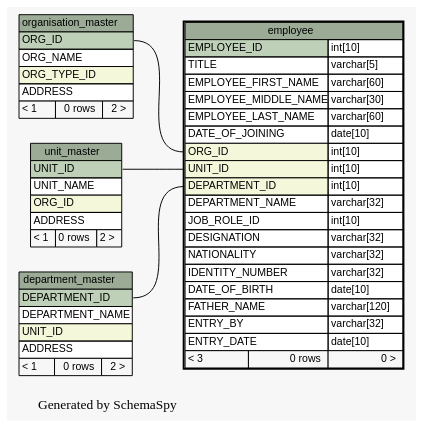
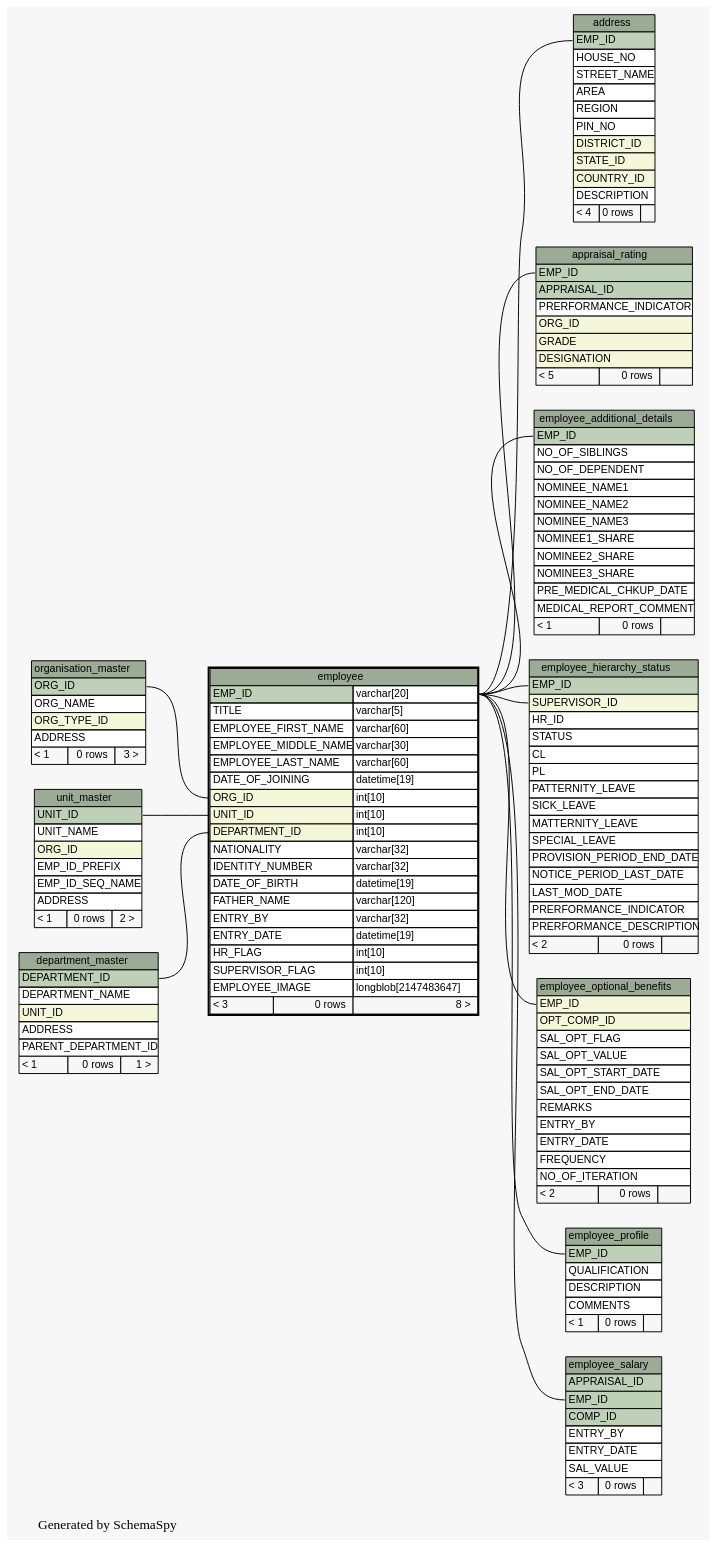
The diagram in docs/database/schemaspy/graphs/employee.1degree.dot (engineerscraft/hrms), drawn with Graphviz before and after one commit. The commit also changed 168 other files, not shown here.

Commit message:
Database script modified and schemaspy doc generated

```diff
--- a/docs/database/schemaspy/graphs/employee.1degree.dot
+++ b/docs/database/schemaspy/graphs/employee.1degree.dot
@@ -14,9 +14,51 @@
   edge [
     arrowsize="0.8"
   ];
+  "address":"EMP_ID":w -> "employee":"EMP_ID.type":e [arrowtail=tee arrowhead=none];
+  "appraisal_rating":"EMP_ID":w -> "employee":"EMP_ID.type":e [arrowtail=crowtee arrowhead=none];
   "employee":"DEPARTMENT_ID":w -> "department_master":"DEPARTMENT_ID":e [arrowtail=crowodot arrowhead=none];
   "employee":"ORG_ID":w -> "organisation_master":"ORG_ID":e [arrowtail=crowodot arrowhead=none];
   "employee":"UNIT_ID":w -> "unit_master":"UNIT_ID":e [arrowtail=crowodot arrowhead=none];
+  "employee_additional_details":"EMP_ID":w -> "employee":"EMP_ID.type":e [arrowtail=tee arrowhead=none];
+  "employee_hierarchy_status":"EMP_ID":w -> "employee":"EMP_ID.type":e [arrowtail=tee arrowhead=none];
+  "employee_hierarchy_status":"SUPERVISOR_ID":w -> "employee":"EMP_ID.type":e [arrowtail=crowodot arrowhead=none];
+  "employee_optional_benefits":"EMP_ID":w -> "employee":"EMP_ID.type":e [arrowtail=crowodot arrowhead=none];
+  "employee_profile":"EMP_ID":w -> "employee":"EMP_ID.type":e [arrowtail=tee arrowhead=none];
+  "employee_salary":"EMP_ID":w -> "employee":"EMP_ID.type":e [arrowtail=crowtee arrowhead=none];
+  "address" [
+    label=<
+    <TABLE BORDER="0" CELLBORDER="1" CELLSPACING="0" BGCOLOR="#ffffff">
+      <TR><TD PORT="address.heading" COLSPAN="3" BGCOLOR="#9bab96" ALIGN="CENTER">address</TD></TR>
+      <TR><TD PORT="EMP_ID" COLSPAN="3" BGCOLOR="#bed1b8" ALIGN="LEFT">EMP_ID</TD></TR>
+      <TR><TD PORT="HOUSE_NO" COLSPAN="3" ALIGN="LEFT">HOUSE_NO</TD></TR>
+      <TR><TD PORT="STREET_NAME" COLSPAN="3" ALIGN="LEFT">STREET_NAME</TD></TR>
+      <TR><TD PORT="AREA" COLSPAN="3" ALIGN="LEFT">AREA</TD></TR>
+      <TR><TD PORT="REGION" COLSPAN="3" ALIGN="LEFT">REGION</TD></TR>
+      <TR><TD PORT="PIN_NO" COLSPAN="3" ALIGN="LEFT">PIN_NO</TD></TR>
+      <TR><TD PORT="DISTRICT_ID" COLSPAN="3" BGCOLOR="#f4f7da" ALIGN="LEFT">DISTRICT_ID</TD></TR>
+      <TR><TD PORT="STATE_ID" COLSPAN="3" BGCOLOR="#f4f7da" ALIGN="LEFT">STATE_ID</TD></TR>
+      <TR><TD PORT="COUNTRY_ID" COLSPAN="3" BGCOLOR="#f4f7da" ALIGN="LEFT">COUNTRY_ID</TD></TR>
+      <TR><TD PORT="DESCRIPTION" COLSPAN="3" ALIGN="LEFT">DESCRIPTION</TD></TR>
+      <TR><TD ALIGN="LEFT" BGCOLOR="#f7f7f7">&lt; 4</TD><TD ALIGN="RIGHT" BGCOLOR="#f7f7f7">0 rows</TD><TD ALIGN="RIGHT" BGCOLOR="#f7f7f7">  </TD></TR>
+    </TABLE>>
+    URL="address.html#graph"
+    tooltip="address"
+  ];
+  "appraisal_rating" [
+    label=<
+    <TABLE BORDER="0" CELLBORDER="1" CELLSPACING="0" BGCOLOR="#ffffff">
+      <TR><TD PORT="appraisal_rating.heading" COLSPAN="3" BGCOLOR="#9bab96" ALIGN="CENTER">appraisal_rating</TD></TR>
+      <TR><TD PORT="EMP_ID" COLSPAN="3" BGCOLOR="#bed1b8" ALIGN="LEFT">EMP_ID</TD></TR>
+      <TR><TD PORT="APPRAISAL_ID" COLSPAN="3" BGCOLOR="#bed1b8" ALIGN="LEFT">APPRAISAL_ID</TD></TR>
+      <TR><TD PORT="PRERFORMANCE_INDICATOR" COLSPAN="3" ALIGN="LEFT">PRERFORMANCE_INDICATOR</TD></TR>
+      <TR><TD PORT="ORG_ID" COLSPAN="3" BGCOLOR="#f4f7da" ALIGN="LEFT">ORG_ID</TD></TR>
+      <TR><TD PORT="GRADE" COLSPAN="3" BGCOLOR="#f4f7da" ALIGN="LEFT">GRADE</TD></TR>
+      <TR><TD PORT="DESIGNATION" COLSPAN="3" BGCOLOR="#f4f7da" ALIGN="LEFT">DESIGNATION</TD></TR>
+      <TR><TD ALIGN="LEFT" BGCOLOR="#f7f7f7">&lt; 5</TD><TD ALIGN="RIGHT" BGCOLOR="#f7f7f7">0 rows</TD><TD ALIGN="RIGHT" BGCOLOR="#f7f7f7">  </TD></TR>
+    </TABLE>>
+    URL="appraisal_rating.html#graph"
+    tooltip="appraisal_rating"
+  ];
   "department_master" [
     label=<
     <TABLE BORDER="0" CELLBORDER="1" CELLSPACING="0" BGCOLOR="#ffffff">
@@ -25,7 +67,8 @@
       <TR><TD PORT="DEPARTMENT_NAME" COLSPAN="3" ALIGN="LEFT">DEPARTMENT_NAME</TD></TR>
       <TR><TD PORT="UNIT_ID" COLSPAN="3" BGCOLOR="#f4f7da" ALIGN="LEFT">UNIT_ID</TD></TR>
       <TR><TD PORT="ADDRESS" COLSPAN="3" ALIGN="LEFT">ADDRESS</TD></TR>
-      <TR><TD ALIGN="LEFT" BGCOLOR="#f7f7f7">&lt; 1</TD><TD ALIGN="RIGHT" BGCOLOR="#f7f7f7">0 rows</TD><TD ALIGN="RIGHT" BGCOLOR="#f7f7f7">2 &gt;</TD></TR>
+      <TR><TD PORT="PARENT_DEPARTMENT_ID" COLSPAN="3" ALIGN="LEFT">PARENT_DEPARTMENT_ID</TD></TR>
+      <TR><TD ALIGN="LEFT" BGCOLOR="#f7f7f7">&lt; 1</TD><TD ALIGN="RIGHT" BGCOLOR="#f7f7f7">0 rows</TD><TD ALIGN="RIGHT" BGCOLOR="#f7f7f7">1 &gt;</TD></TR>
     </TABLE>>
     URL="department_master.html#graph"
     tooltip="department_master"
@@ -34,28 +77,120 @@
     label=<
     <TABLE BORDER="2" CELLBORDER="1" CELLSPACING="0" BGCOLOR="#ffffff">
       <TR><TD PORT="employee.heading" COLSPAN="3" BGCOLOR="#9bab96" ALIGN="CENTER">employee</TD></TR>
-      <TR><TD PORT="EMPLOYEE_ID" COLSPAN="2" BGCOLOR="#bed1b8" ALIGN="LEFT">EMPLOYEE_ID</TD><TD PORT="EMPLOYEE_ID.type" ALIGN="LEFT">int[10]</TD></TR>
+      <TR><TD PORT="EMP_ID" COLSPAN="2" BGCOLOR="#bed1b8" ALIGN="LEFT">EMP_ID</TD><TD PORT="EMP_ID.type" ALIGN="LEFT">varchar[20]</TD></TR>
       <TR><TD PORT="TITLE" COLSPAN="2" ALIGN="LEFT">TITLE</TD><TD PORT="TITLE.type" ALIGN="LEFT">varchar[5]</TD></TR>
       <TR><TD PORT="EMPLOYEE_FIRST_NAME" COLSPAN="2" ALIGN="LEFT">EMPLOYEE_FIRST_NAME</TD><TD PORT="EMPLOYEE_FIRST_NAME.type" ALIGN="LEFT">varchar[60]</TD></TR>
       <TR><TD PORT="EMPLOYEE_MIDDLE_NAME" COLSPAN="2" ALIGN="LEFT">EMPLOYEE_MIDDLE_NAME</TD><TD PORT="EMPLOYEE_MIDDLE_NAME.type" ALIGN="LEFT">varchar[30]</TD></TR>
       <TR><TD PORT="EMPLOYEE_LAST_NAME" COLSPAN="2" ALIGN="LEFT">EMPLOYEE_LAST_NAME</TD><TD PORT="EMPLOYEE_LAST_NAME.type" ALIGN="LEFT">varchar[60]</TD></TR>
-      <TR><TD PORT="DATE_OF_JOINING" COLSPAN="2" ALIGN="LEFT">DATE_OF_JOINING</TD><TD PORT="DATE_OF_JOINING.type" ALIGN="LEFT">date[10]</TD></TR>
+      <TR><TD PORT="DATE_OF_JOINING" COLSPAN="2" ALIGN="LEFT">DATE_OF_JOINING</TD><TD PORT="DATE_OF_JOINING.type" ALIGN="LEFT">datetime[19]</TD></TR>
       <TR><TD PORT="ORG_ID" COLSPAN="2" BGCOLOR="#f4f7da" ALIGN="LEFT">ORG_ID</TD><TD PORT="ORG_ID.type" ALIGN="LEFT">int[10]</TD></TR>
       <TR><TD PORT="UNIT_ID" COLSPAN="2" BGCOLOR="#f4f7da" ALIGN="LEFT">UNIT_ID</TD><TD PORT="UNIT_ID.type" ALIGN="LEFT">int[10]</TD></TR>
       <TR><TD PORT="DEPARTMENT_ID" COLSPAN="2" BGCOLOR="#f4f7da" ALIGN="LEFT">DEPARTMENT_ID</TD><TD PORT="DEPARTMENT_ID.type" ALIGN="LEFT">int[10]</TD></TR>
-      <TR><TD PORT="DEPARTMENT_NAME" COLSPAN="2" ALIGN="LEFT">DEPARTMENT_NAME</TD><TD PORT="DEPARTMENT_NAME.type" ALIGN="LEFT">varchar[32]</TD></TR>
-      <TR><TD PORT="JOB_ROLE_ID" COLSPAN="2" ALIGN="LEFT">JOB_ROLE_ID</TD><TD PORT="JOB_ROLE_ID.type" ALIGN="LEFT">int[10]</TD></TR>
-      <TR><TD PORT="DESIGNATION" COLSPAN="2" ALIGN="LEFT">DESIGNATION</TD><TD PORT="DESIGNATION.type" ALIGN="LEFT">varchar[32]</TD></TR>
       <TR><TD PORT="NATIONALITY" COLSPAN="2" ALIGN="LEFT">NATIONALITY</TD><TD PORT="NATIONALITY.type" ALIGN="LEFT">varchar[32]</TD></TR>
       <TR><TD PORT="IDENTITY_NUMBER" COLSPAN="2" ALIGN="LEFT">IDENTITY_NUMBER</TD><TD PORT="IDENTITY_NUMBER.type" ALIGN="LEFT">varchar[32]</TD></TR>
-      <TR><TD PORT="DATE_OF_BIRTH" COLSPAN="2" ALIGN="LEFT">DATE_OF_BIRTH</TD><TD PORT="DATE_OF_BIRTH.type" ALIGN="LEFT">date[10]</TD></TR>
+      <TR><TD PORT="DATE_OF_BIRTH" COLSPAN="2" ALIGN="LEFT">DATE_OF_BIRTH</TD><TD PORT="DATE_OF_BIRTH.type" ALIGN="LEFT">datetime[19]</TD></TR>
       <TR><TD PORT="FATHER_NAME" COLSPAN="2" ALIGN="LEFT">FATHER_NAME</TD><TD PORT="FATHER_NAME.type" ALIGN="LEFT">varchar[120]</TD></TR>
       <TR><TD PORT="ENTRY_BY" COLSPAN="2" ALIGN="LEFT">ENTRY_BY</TD><TD PORT="ENTRY_BY.type" ALIGN="LEFT">varchar[32]</TD></TR>
-      <TR><TD PORT="ENTRY_DATE" COLSPAN="2" ALIGN="LEFT">ENTRY_DATE</TD><TD PORT="ENTRY_DATE.type" ALIGN="LEFT">date[10]</TD></TR>
-      <TR><TD ALIGN="LEFT" BGCOLOR="#f7f7f7">&lt; 3</TD><TD ALIGN="RIGHT" BGCOLOR="#f7f7f7">0 rows</TD><TD ALIGN="RIGHT" BGCOLOR="#f7f7f7">0 &gt;</TD></TR>
+      <TR><TD PORT="ENTRY_DATE" COLSPAN="2" ALIGN="LEFT">ENTRY_DATE</TD><TD PORT="ENTRY_DATE.type" ALIGN="LEFT">datetime[19]</TD></TR>
+      <TR><TD PORT="HR_FLAG" COLSPAN="2" ALIGN="LEFT">HR_FLAG</TD><TD PORT="HR_FLAG.type" ALIGN="LEFT">int[10]</TD></TR>
+      <TR><TD PORT="SUPERVISOR_FLAG" COLSPAN="2" ALIGN="LEFT">SUPERVISOR_FLAG</TD><TD PORT="SUPERVISOR_FLAG.type" ALIGN="LEFT">int[10]</TD></TR>
+      <TR><TD PORT="EMPLOYEE_IMAGE" COLSPAN="2" ALIGN="LEFT">EMPLOYEE_IMAGE</TD><TD PORT="EMPLOYEE_IMAGE.type" ALIGN="LEFT">longblob[2147483647]</TD></TR>
+      <TR><TD ALIGN="LEFT" BGCOLOR="#f7f7f7">&lt; 3</TD><TD ALIGN="RIGHT" BGCOLOR="#f7f7f7">0 rows</TD><TD ALIGN="RIGHT" BGCOLOR="#f7f7f7">8 &gt;</TD></TR>
     </TABLE>>
     URL="employee.html#"
     tooltip="employee"
+  ];
+  "employee_additional_details" [
+    label=<
+    <TABLE BORDER="0" CELLBORDER="1" CELLSPACING="0" BGCOLOR="#ffffff">
+      <TR><TD PORT="employee_additional_details.heading" COLSPAN="3" BGCOLOR="#9bab96" ALIGN="CENTER">employee_additional_details</TD></TR>
+      <TR><TD PORT="EMP_ID" COLSPAN="3" BGCOLOR="#bed1b8" ALIGN="LEFT">EMP_ID</TD></TR>
+      <TR><TD PORT="NO_OF_SIBLINGS" COLSPAN="3" ALIGN="LEFT">NO_OF_SIBLINGS</TD></TR>
+      <TR><TD PORT="NO_OF_DEPENDENT" COLSPAN="3" ALIGN="LEFT">NO_OF_DEPENDENT</TD></TR>
+      <TR><TD PORT="NOMINEE_NAME1" COLSPAN="3" ALIGN="LEFT">NOMINEE_NAME1</TD></TR>
+      <TR><TD PORT="NOMINEE_NAME2" COLSPAN="3" ALIGN="LEFT">NOMINEE_NAME2</TD></TR>
+      <TR><TD PORT="NOMINEE_NAME3" COLSPAN="3" ALIGN="LEFT">NOMINEE_NAME3</TD></TR>
+      <TR><TD PORT="NOMINEE1_SHARE" COLSPAN="3" ALIGN="LEFT">NOMINEE1_SHARE</TD></TR>
+      <TR><TD PORT="NOMINEE2_SHARE" COLSPAN="3" ALIGN="LEFT">NOMINEE2_SHARE</TD></TR>
+      <TR><TD PORT="NOMINEE3_SHARE" COLSPAN="3" ALIGN="LEFT">NOMINEE3_SHARE</TD></TR>
+      <TR><TD PORT="PRE_MEDICAL_CHKUP_DATE" COLSPAN="3" ALIGN="LEFT">PRE_MEDICAL_CHKUP_DATE</TD></TR>
+      <TR><TD PORT="MEDICAL_REPORT_COMMENT" COLSPAN="3" ALIGN="LEFT">MEDICAL_REPORT_COMMENT</TD></TR>
+      <TR><TD ALIGN="LEFT" BGCOLOR="#f7f7f7">&lt; 1</TD><TD ALIGN="RIGHT" BGCOLOR="#f7f7f7">0 rows</TD><TD ALIGN="RIGHT" BGCOLOR="#f7f7f7">  </TD></TR>
+    </TABLE>>
+    URL="employee_additional_details.html#graph"
+    tooltip="employee_additional_details"
+  ];
+  "employee_hierarchy_status" [
+    label=<
+    <TABLE BORDER="0" CELLBORDER="1" CELLSPACING="0" BGCOLOR="#ffffff">
+      <TR><TD PORT="employee_hierarchy_status.heading" COLSPAN="3" BGCOLOR="#9bab96" ALIGN="CENTER">employee_hierarchy_status</TD></TR>
+      <TR><TD PORT="EMP_ID" COLSPAN="3" BGCOLOR="#bed1b8" ALIGN="LEFT">EMP_ID</TD></TR>
+      <TR><TD PORT="SUPERVISOR_ID" COLSPAN="3" BGCOLOR="#f4f7da" ALIGN="LEFT">SUPERVISOR_ID</TD></TR>
+      <TR><TD PORT="HR_ID" COLSPAN="3" ALIGN="LEFT">HR_ID</TD></TR>
+      <TR><TD PORT="STATUS" COLSPAN="3" ALIGN="LEFT">STATUS</TD></TR>
+      <TR><TD PORT="CL" COLSPAN="3" ALIGN="LEFT">CL</TD></TR>
+      <TR><TD PORT="PL" COLSPAN="3" ALIGN="LEFT">PL</TD></TR>
+      <TR><TD PORT="PATTERNITY_LEAVE" COLSPAN="3" ALIGN="LEFT">PATTERNITY_LEAVE</TD></TR>
+      <TR><TD PORT="SICK_LEAVE" COLSPAN="3" ALIGN="LEFT">SICK_LEAVE</TD></TR>
+      <TR><TD PORT="MATTERNITY_LEAVE" COLSPAN="3" ALIGN="LEFT">MATTERNITY_LEAVE</TD></TR>
+      <TR><TD PORT="SPECIAL_LEAVE" COLSPAN="3" ALIGN="LEFT">SPECIAL_LEAVE</TD></TR>
+      <TR><TD PORT="PROVISION_PERIOD_END_DATE" COLSPAN="3" ALIGN="LEFT">PROVISION_PERIOD_END_DATE</TD></TR>
+      <TR><TD PORT="NOTICE_PERIOD_LAST_DATE" COLSPAN="3" ALIGN="LEFT">NOTICE_PERIOD_LAST_DATE</TD></TR>
+      <TR><TD PORT="LAST_MOD_DATE" COLSPAN="3" ALIGN="LEFT">LAST_MOD_DATE</TD></TR>
+      <TR><TD PORT="PRERFORMANCE_INDICATOR" COLSPAN="3" ALIGN="LEFT">PRERFORMANCE_INDICATOR</TD></TR>
+      <TR><TD PORT="PRERFORMANCE_DESCRIPTION" COLSPAN="3" ALIGN="LEFT">PRERFORMANCE_DESCRIPTION</TD></TR>
+      <TR><TD ALIGN="LEFT" BGCOLOR="#f7f7f7">&lt; 2</TD><TD ALIGN="RIGHT" BGCOLOR="#f7f7f7">0 rows</TD><TD ALIGN="RIGHT" BGCOLOR="#f7f7f7">  </TD></TR>
+    </TABLE>>
+    URL="employee_hierarchy_status.html#graph"
+    tooltip="employee_hierarchy_status"
+  ];
+  "employee_optional_benefits" [
+    label=<
+    <TABLE BORDER="0" CELLBORDER="1" CELLSPACING="0" BGCOLOR="#ffffff">
+      <TR><TD PORT="employee_optional_benefits.heading" COLSPAN="3" BGCOLOR="#9bab96" ALIGN="CENTER">employee_optional_benefits</TD></TR>
+      <TR><TD PORT="EMP_ID" COLSPAN="3" BGCOLOR="#f4f7da" ALIGN="LEFT">EMP_ID</TD></TR>
+      <TR><TD PORT="OPT_COMP_ID" COLSPAN="3" BGCOLOR="#f4f7da" ALIGN="LEFT">OPT_COMP_ID</TD></TR>
+      <TR><TD PORT="SAL_OPT_FLAG" COLSPAN="3" ALIGN="LEFT">SAL_OPT_FLAG</TD></TR>
+      <TR><TD PORT="SAL_OPT_VALUE" COLSPAN="3" ALIGN="LEFT">SAL_OPT_VALUE</TD></TR>
+      <TR><TD PORT="SAL_OPT_START_DATE" COLSPAN="3" ALIGN="LEFT">SAL_OPT_START_DATE</TD></TR>
+      <TR><TD PORT="SAL_OPT_END_DATE" COLSPAN="3" ALIGN="LEFT">SAL_OPT_END_DATE</TD></TR>
+      <TR><TD PORT="REMARKS" COLSPAN="3" ALIGN="LEFT">REMARKS</TD></TR>
+      <TR><TD PORT="ENTRY_BY" COLSPAN="3" ALIGN="LEFT">ENTRY_BY</TD></TR>
+      <TR><TD PORT="ENTRY_DATE" COLSPAN="3" ALIGN="LEFT">ENTRY_DATE</TD></TR>
+      <TR><TD PORT="FREQUENCY" COLSPAN="3" ALIGN="LEFT">FREQUENCY</TD></TR>
+      <TR><TD PORT="NO_OF_ITERATION" COLSPAN="3" ALIGN="LEFT">NO_OF_ITERATION</TD></TR>
+      <TR><TD ALIGN="LEFT" BGCOLOR="#f7f7f7">&lt; 2</TD><TD ALIGN="RIGHT" BGCOLOR="#f7f7f7">0 rows</TD><TD ALIGN="RIGHT" BGCOLOR="#f7f7f7">  </TD></TR>
+    </TABLE>>
+    URL="employee_optional_benefits.html#graph"
+    tooltip="employee_optional_benefits"
+  ];
+  "employee_profile" [
+    label=<
+    <TABLE BORDER="0" CELLBORDER="1" CELLSPACING="0" BGCOLOR="#ffffff">
+      <TR><TD PORT="employee_profile.heading" COLSPAN="3" BGCOLOR="#9bab96" ALIGN="CENTER">employee_profile</TD></TR>
+      <TR><TD PORT="EMP_ID" COLSPAN="3" BGCOLOR="#bed1b8" ALIGN="LEFT">EMP_ID</TD></TR>
+      <TR><TD PORT="QUALIFICATION" COLSPAN="3" ALIGN="LEFT">QUALIFICATION</TD></TR>
+      <TR><TD PORT="DESCRIPTION" COLSPAN="3" ALIGN="LEFT">DESCRIPTION</TD></TR>
+      <TR><TD PORT="COMMENTS" COLSPAN="3" ALIGN="LEFT">COMMENTS</TD></TR>
+      <TR><TD ALIGN="LEFT" BGCOLOR="#f7f7f7">&lt; 1</TD><TD ALIGN="RIGHT" BGCOLOR="#f7f7f7">0 rows</TD><TD ALIGN="RIGHT" BGCOLOR="#f7f7f7">  </TD></TR>
+    </TABLE>>
+    URL="employee_profile.html#graph"
+    tooltip="employee_profile"
+  ];
+  "employee_salary" [
+    label=<
+    <TABLE BORDER="0" CELLBORDER="1" CELLSPACING="0" BGCOLOR="#ffffff">
+      <TR><TD PORT="employee_salary.heading" COLSPAN="3" BGCOLOR="#9bab96" ALIGN="CENTER">employee_salary</TD></TR>
+      <TR><TD PORT="APPRAISAL_ID" COLSPAN="3" BGCOLOR="#bed1b8" ALIGN="LEFT">APPRAISAL_ID</TD></TR>
+      <TR><TD PORT="EMP_ID" COLSPAN="3" BGCOLOR="#bed1b8" ALIGN="LEFT">EMP_ID</TD></TR>
+      <TR><TD PORT="COMP_ID" COLSPAN="3" BGCOLOR="#bed1b8" ALIGN="LEFT">COMP_ID</TD></TR>
+      <TR><TD PORT="ENTRY_BY" COLSPAN="3" ALIGN="LEFT">ENTRY_BY</TD></TR>
+      <TR><TD PORT="ENTRY_DATE" COLSPAN="3" ALIGN="LEFT">ENTRY_DATE</TD></TR>
+      <TR><TD PORT="SAL_VALUE" COLSPAN="3" ALIGN="LEFT">SAL_VALUE</TD></TR>
+      <TR><TD ALIGN="LEFT" BGCOLOR="#f7f7f7">&lt; 3</TD><TD ALIGN="RIGHT" BGCOLOR="#f7f7f7">0 rows</TD><TD ALIGN="RIGHT" BGCOLOR="#f7f7f7">  </TD></TR>
+    </TABLE>>
+    URL="employee_salary.html#graph"
+    tooltip="employee_salary"
   ];
   "organisation_master" [
     label=<
@@ -65,7 +200,7 @@
       <TR><TD PORT="ORG_NAME" COLSPAN="3" ALIGN="LEFT">ORG_NAME</TD></TR>
       <TR><TD PORT="ORG_TYPE_ID" COLSPAN="3" BGCOLOR="#f4f7da" ALIGN="LEFT">ORG_TYPE_ID</TD></TR>
       <TR><TD PORT="ADDRESS" COLSPAN="3" ALIGN="LEFT">ADDRESS</TD></TR>
-      <TR><TD ALIGN="LEFT" BGCOLOR="#f7f7f7">&lt; 1</TD><TD ALIGN="RIGHT" BGCOLOR="#f7f7f7">0 rows</TD><TD ALIGN="RIGHT" BGCOLOR="#f7f7f7">2 &gt;</TD></TR>
+      <TR><TD ALIGN="LEFT" BGCOLOR="#f7f7f7">&lt; 1</TD><TD ALIGN="RIGHT" BGCOLOR="#f7f7f7">0 rows</TD><TD ALIGN="RIGHT" BGCOLOR="#f7f7f7">3 &gt;</TD></TR>
     </TABLE>>
     URL="organisation_master.html#graph"
     tooltip="organisation_master"
@@ -77,6 +212,8 @@
       <TR><TD PORT="UNIT_ID" COLSPAN="3" BGCOLOR="#bed1b8" ALIGN="LEFT">UNIT_ID</TD></TR>
       <TR><TD PORT="UNIT_NAME" COLSPAN="3" ALIGN="LEFT">UNIT_NAME</TD></TR>
       <TR><TD PORT="ORG_ID" COLSPAN="3" BGCOLOR="#f4f7da" ALIGN="LEFT">ORG_ID</TD></TR>
+      <TR><TD PORT="EMP_ID_PREFIX" COLSPAN="3" ALIGN="LEFT">EMP_ID_PREFIX</TD></TR>
+      <TR><TD PORT="EMP_ID_SEQ_NAME" COLSPAN="3" ALIGN="LEFT">EMP_ID_SEQ_NAME</TD></TR>
       <TR><TD PORT="ADDRESS" COLSPAN="3" ALIGN="LEFT">ADDRESS</TD></TR>
       <TR><TD ALIGN="LEFT" BGCOLOR="#f7f7f7">&lt; 1</TD><TD ALIGN="RIGHT" BGCOLOR="#f7f7f7">0 rows</TD><TD ALIGN="RIGHT" BGCOLOR="#f7f7f7">2 &gt;</TD></TR>
     </TABLE>>
```
